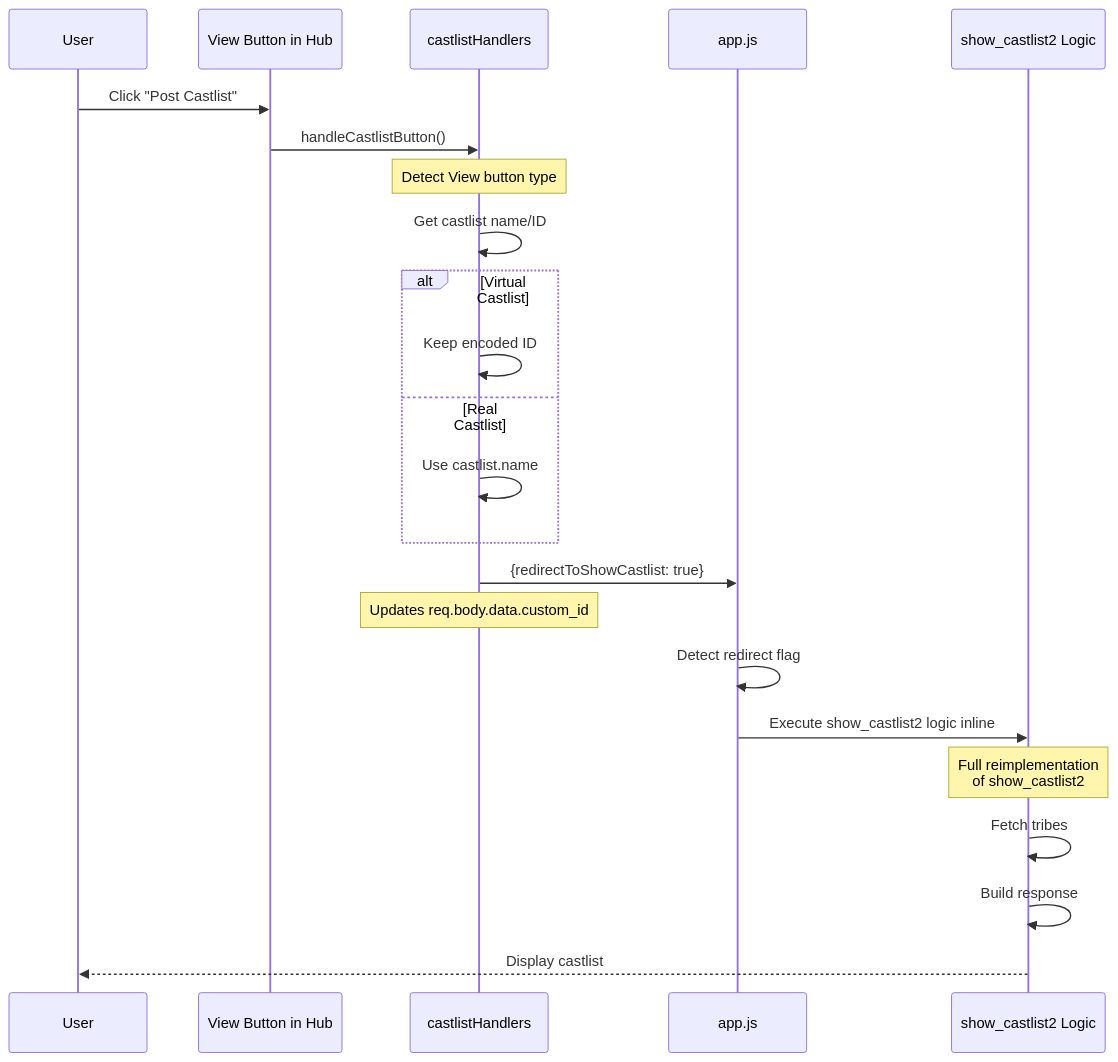
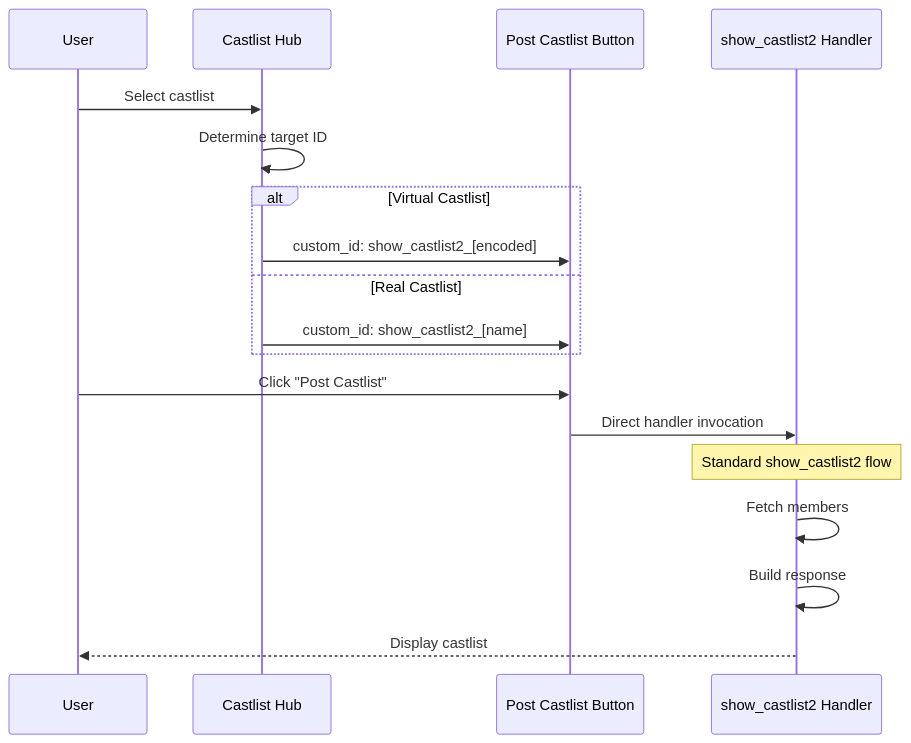
Before and after one commit to extremedonkey/castbot: the fifth of 11 diagrams in docs/features/CastlistArchitecture.md, drawn with Mermaid. The commit also changed other lines of this file and 1 other file, not shown here.

Commit message:
Update castlist architecture documentation with analysis and recommendations

````diff
--- a/docs/features/CastlistArchitecture.md
+++ b/docs/features/CastlistArchitecture.md
@@ -213,31 +214,24 @@
 ```mermaid
 sequenceDiagram
     participant User
-    participant ViewBtn as View Button in Hub
-    participant Handlers as castlistHandlers
-    participant App as app.js
-    participant ShowHandler as show_castlist2 Logic
+    participant Hub as Castlist Hub
+    participant Button as Post Castlist Button
+    participant Handler as show_castlist2 Handler
 
-    User->>ViewBtn: Click "Post Castlist"
-    ViewBtn->>Handlers: handleCastlistButton()
-
-    Note over Handlers: Detect View button type
-    Handlers->>Handlers: Get castlist name/ID
+    User->>Hub: Select castlist
+    Hub->>Hub: Determine target ID
 
     alt Virtual Castlist
-        Handlers->>Handlers: Keep encoded ID
+        Hub->>Button: custom_id: show_castlist2_[encoded]
     else Real Castlist
-        Handlers->>Handlers: Use castlist.name
+        Hub->>Button: custom_id: show_castlist2_[name]
     end
 
-    Handlers->>App: {redirectToShowCastlist: true}
-    Note over Handlers: Updates req.body.data.custom_id
+    User->>Button: Click "Post Castlist"
+    Button->>Handler: Direct handler invocation
 
-    App->>App: Detect redirect flag
-    App->>ShowHandler: Execute show_castlist2 logic inline
-
-    Note over ShowHandler: Full reimplementation<br/>of show_castlist2
-    ShowHandler->>ShowHandler: Fetch tribes
-    ShowHandler->>ShowHandler: Build response
-    ShowHandler-->>User: Display castlist
+    Note over Handler: Standard show_castlist2 flow
+    Handler->>Handler: Fetch members
+    Handler->>Handler: Build response
+    Handler-->>User: Display castlist
 ```
````
